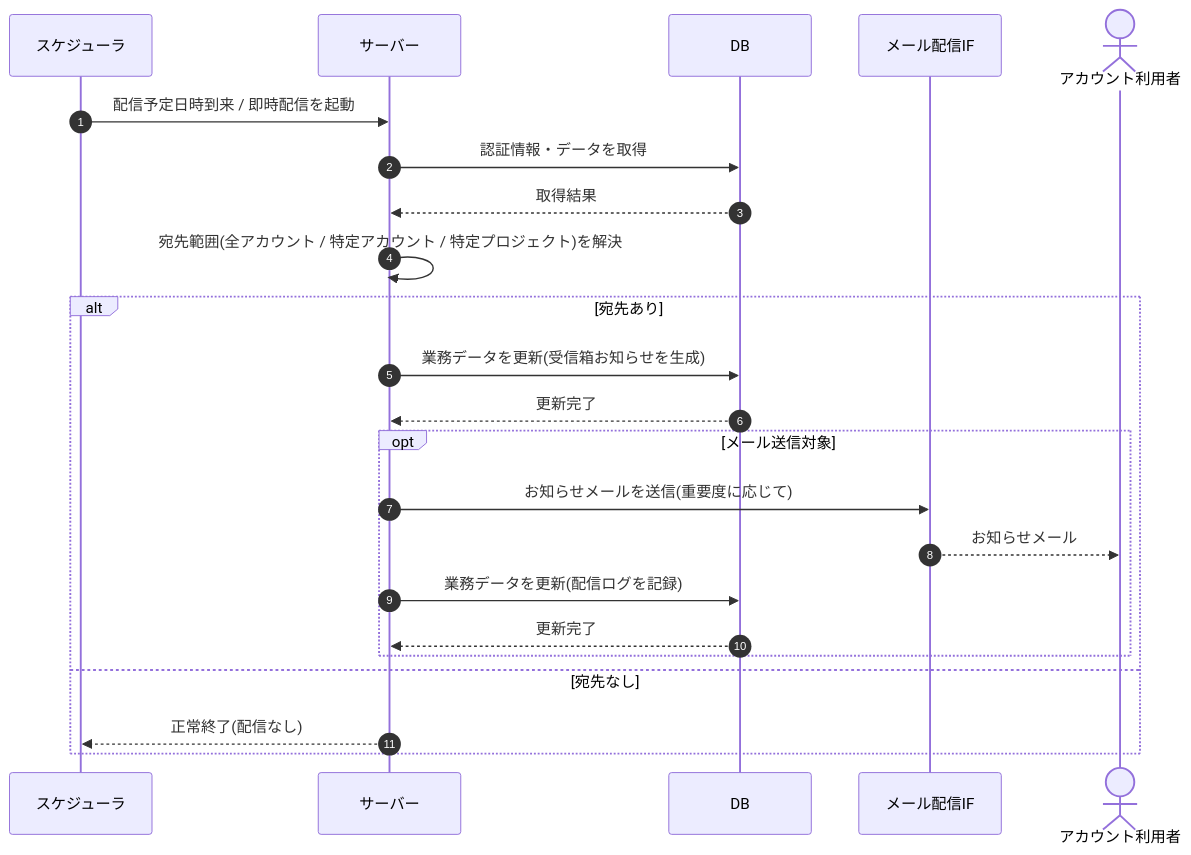
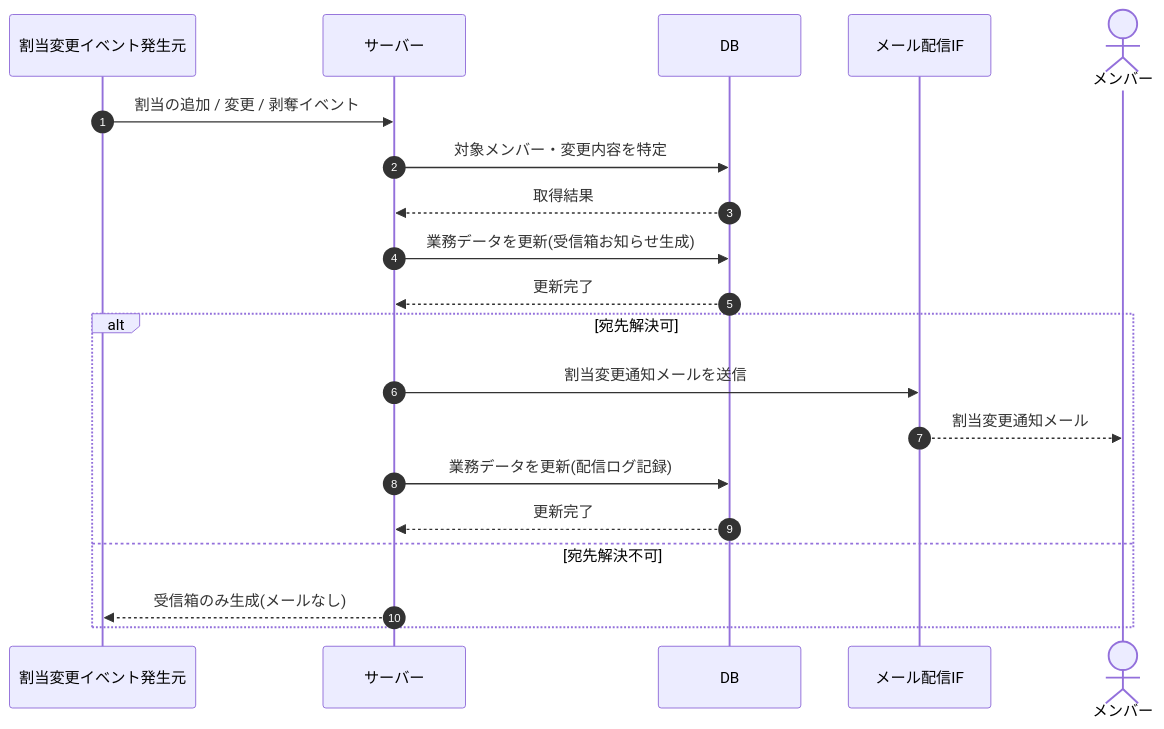
Before and after one commit to sikakou54/open-faq: the diagram in 02_basic_design/03_sequences/SEQ-094.md, drawn with Mermaid. The commit also changed other lines of this file and 395 other files, not shown here.

````diff
--- a/02_basic_design/03_sequences/SEQ-094.md
+++ b/02_basic_design/03_sequences/SEQ-094.md
@@ -25,25 +25,22 @@
 ```mermaid
 sequenceDiagram
   autonumber
-  participant SCH as スケジューラ
+  participant E as 割当変更イベント発生元
   participant Server as サーバー
   participant DB as DB
   participant MAIL as メール配信IF
-  actor U as アカウント利用者
-  SCH->>Server: 配信予定日時到来 / 即時配信を起動
-  Server->>DB: 認証情報・データを取得
+  actor M as メンバー
+  E->>Server: 割当の追加 / 変更 / 剥奪イベント
+  Server->>DB: 対象メンバー・変更内容を特定
   DB-->>Server: 取得結果
-  Server->>Server: 宛先範囲(全アカウント / 特定アカウント / 特定プロジェクト)を解決
-  alt 宛先あり
-    Server->>DB: 業務データを更新(受信箱お知らせを生成)
+  Server->>DB: 業務データを更新(受信箱お知らせ生成)
+  DB-->>Server: 更新完了
+  alt 宛先解決可
+    Server->>MAIL: 割当変更通知メールを送信
+    MAIL-->>M: 割当変更通知メール
+    Server->>DB: 業務データを更新(配信ログ記録)
     DB-->>Server: 更新完了
-    opt メール送信対象
-      Server->>MAIL: お知らせメールを送信(重要度に応じて)
-      MAIL-->>U: お知らせメール
-      Server->>DB: 業務データを更新(配信ログを記録)
-      DB-->>Server: 更新完了
-    end
-  else 宛先なし
-    Server-->>SCH: 正常終了(配信なし)
+  else 宛先解決不可
+    Server-->>E: 受信箱のみ生成(メールなし)
   end
 ```
````
